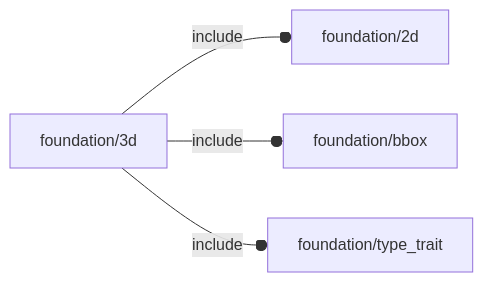
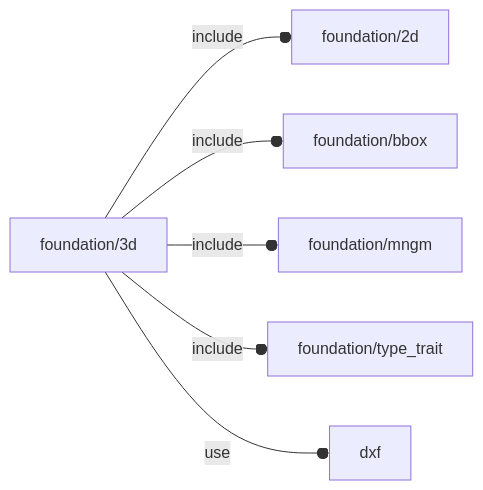
Before and after one commit to ggabbiani/OFL: the diagram in orthodocs/foundation/3d.md, drawn with Mermaid. The commit also changed other lines of this file and 39 other files, not shown here.

````diff
--- a/orthodocs/foundation/3d.md
+++ b/orthodocs/foundation/3d.md
@@ -5,6 +5,8 @@
 ```mermaid
 graph LR
     A1[foundation/3d] --o|include| A2[foundation/2d]
     A1 --o|include| A3[foundation/bbox]
-    A1 --o|include| A4[foundation/type_trait]
+    A1 --o|include| A4[foundation/mngm]
+    A1 --o|include| A5[foundation/type_trait]
+    A1 --o|use| A6[dxf]
 ```
````
